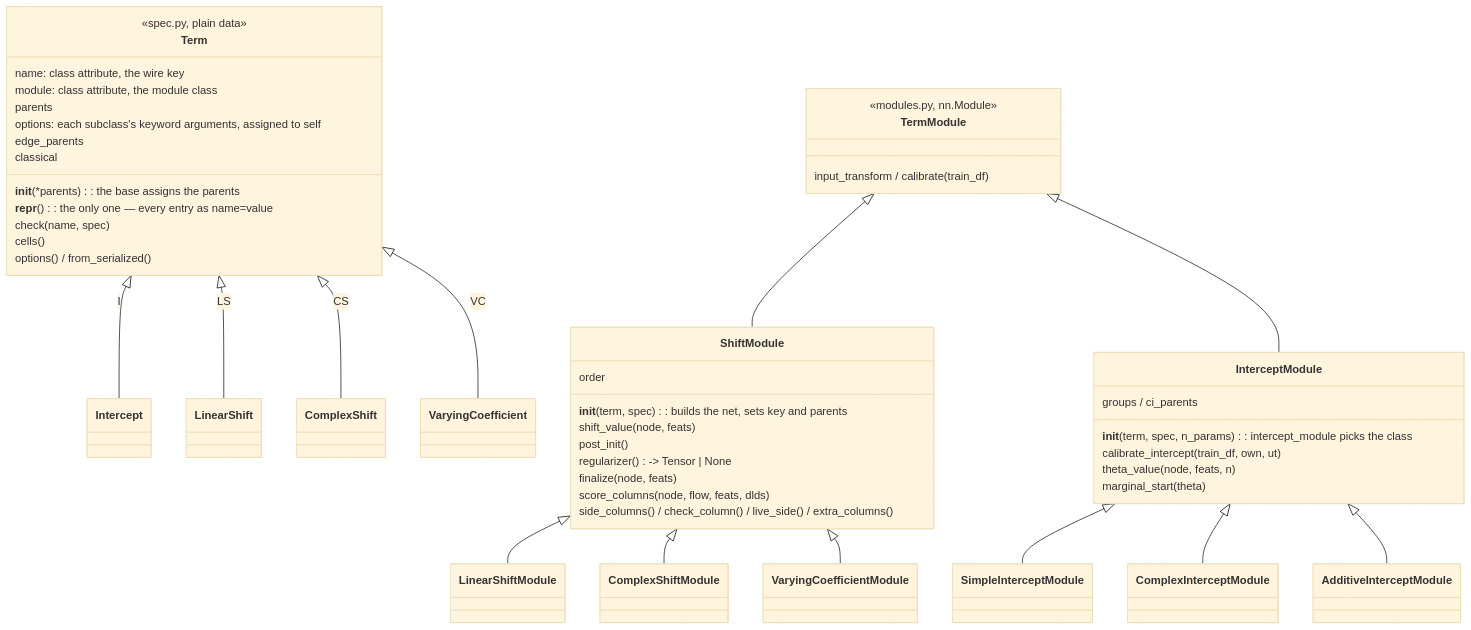
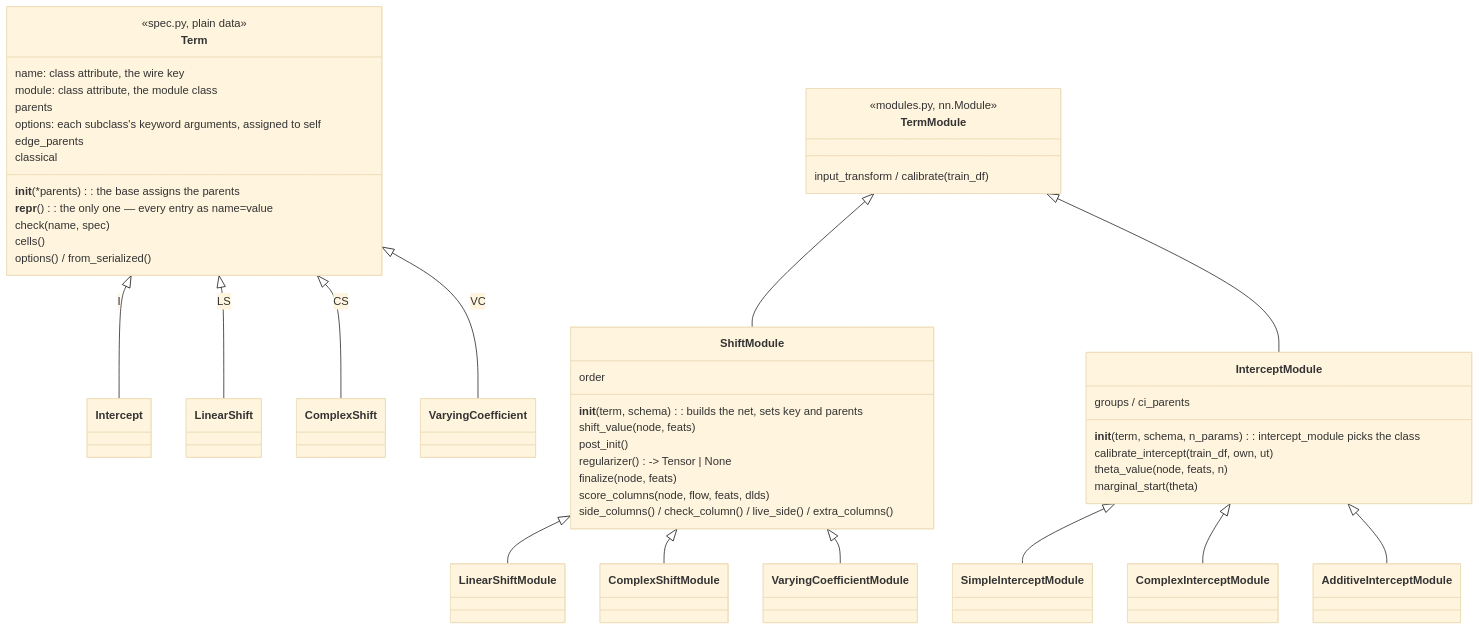
The second of 6 diagrams in docs/architecture.md (tensorchiefs/tramdag), drawn with Mermaid (base theme) before and after one commit. The commit also changed other lines of this file and 3 other files, not shown here.

````diff
--- a/docs/architecture.md
+++ b/docs/architecture.md
@@ -53,50 +58,50 @@
 ```mermaid
 classDiagram
     class Term {
         <<spec.py, plain data>>
         name: class attribute, the wire key
         module: class attribute, the module class
         parents
         __init__(*parents): the base assigns the parents
         options: each subclass's keyword arguments, assigned to self
         __repr__(): the only one — every entry as name=value
         check(name, spec)
         edge_parents
         cells()
         classical
         options() / from_serialized()
     }
     Term <|-- Intercept : I
     Term <|-- LinearShift : LS
     Term <|-- ComplexShift : CS
     Term <|-- VaryingCoefficient : VC
     class TermModule {
         <<modules.py, nn.Module>>
         input_transform / calibrate(train_df)
     }
     class ShiftModule {
-        __init__(term, spec): builds the net, sets key and parents
+        __init__(term, schema): builds the net, sets key and parents
         order
         shift_value(node, feats)
         post_init()
         regularizer() -> Tensor | None
         finalize(node, feats)
         score_columns(node, flow, feats, dlds)
         side_columns() / check_column() / live_side() / extra_columns()
     }
     class InterceptModule {
-        __init__(term, spec, n_params): intercept_module picks the class
+        __init__(term, schema, n_params): intercept_module picks the class
         groups / ci_parents
         calibrate_intercept(train_df, own, ut)
         theta_value(node, feats, n)
         marginal_start(theta)
     }
     TermModule <|-- ShiftModule
     TermModule <|-- InterceptModule
     ShiftModule <|-- LinearShiftModule
     ShiftModule <|-- ComplexShiftModule
     ShiftModule <|-- VaryingCoefficientModule
     InterceptModule <|-- SimpleInterceptModule
     InterceptModule <|-- ComplexInterceptModule
     InterceptModule <|-- AdditiveInterceptModule
 ```
````
